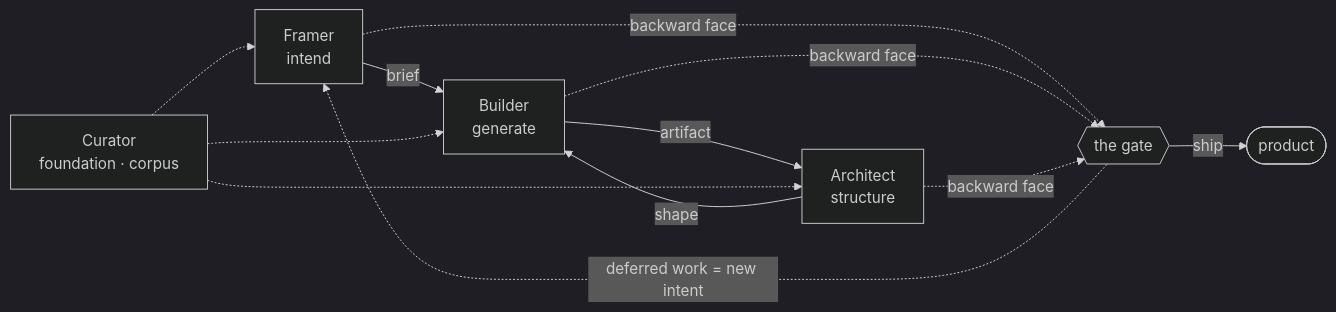
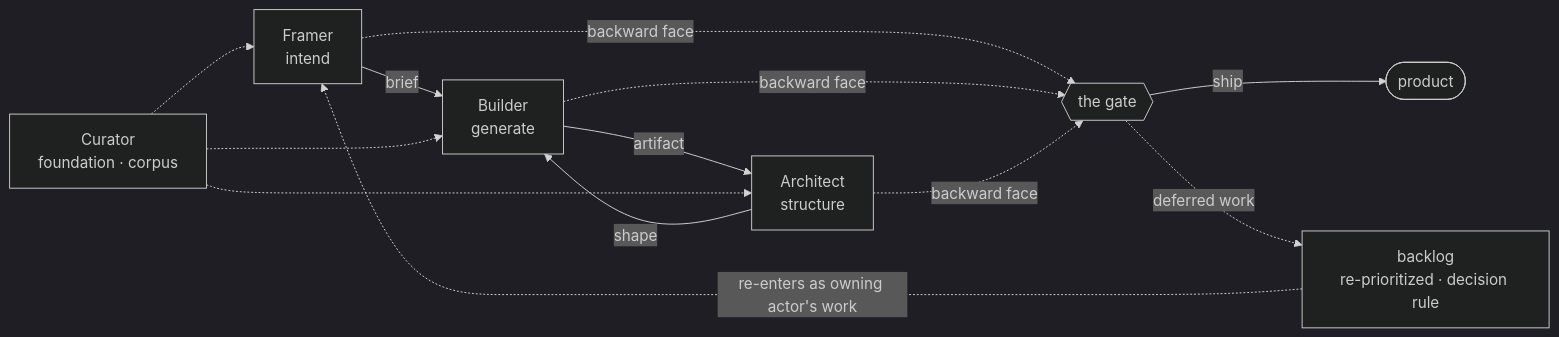
Before and after one commit to cyberuni/cyberplace: the third of 6 diagrams in docs/ideas/actor-delegate-model.md, drawn with Mermaid (dark theme). The commit also changed other lines of this file and 1 other file, not shown here.

````diff
--- a/docs/ideas/actor-delegate-model.md
+++ b/docs/ideas/actor-delegate-model.md
@@ -116,14 +116,15 @@
 ```mermaid
 flowchart LR
     F["Framer<br/>intend"] -->|brief| B["Builder<br/>generate"]
     B -->|artifact| AR["Architect<br/>structure"]
     AR -->|shape| B
     F -.->|backward face| G{{"the gate"}}
     B -.->|backward face| G
     AR -.->|backward face| G
     G -->|ship| OUT(["product"])
-    G -.->|"deferred work = new intent"| F
+    G -.->|"deferred work"| BL["backlog<br/>re-prioritized · decision rule"]
+    BL -.->|"re-enters as owning actor's work"| F
     C["Curator<br/>foundation · corpus"] -.-> F
     C -.-> B
     C -.-> AR
 ```
````
